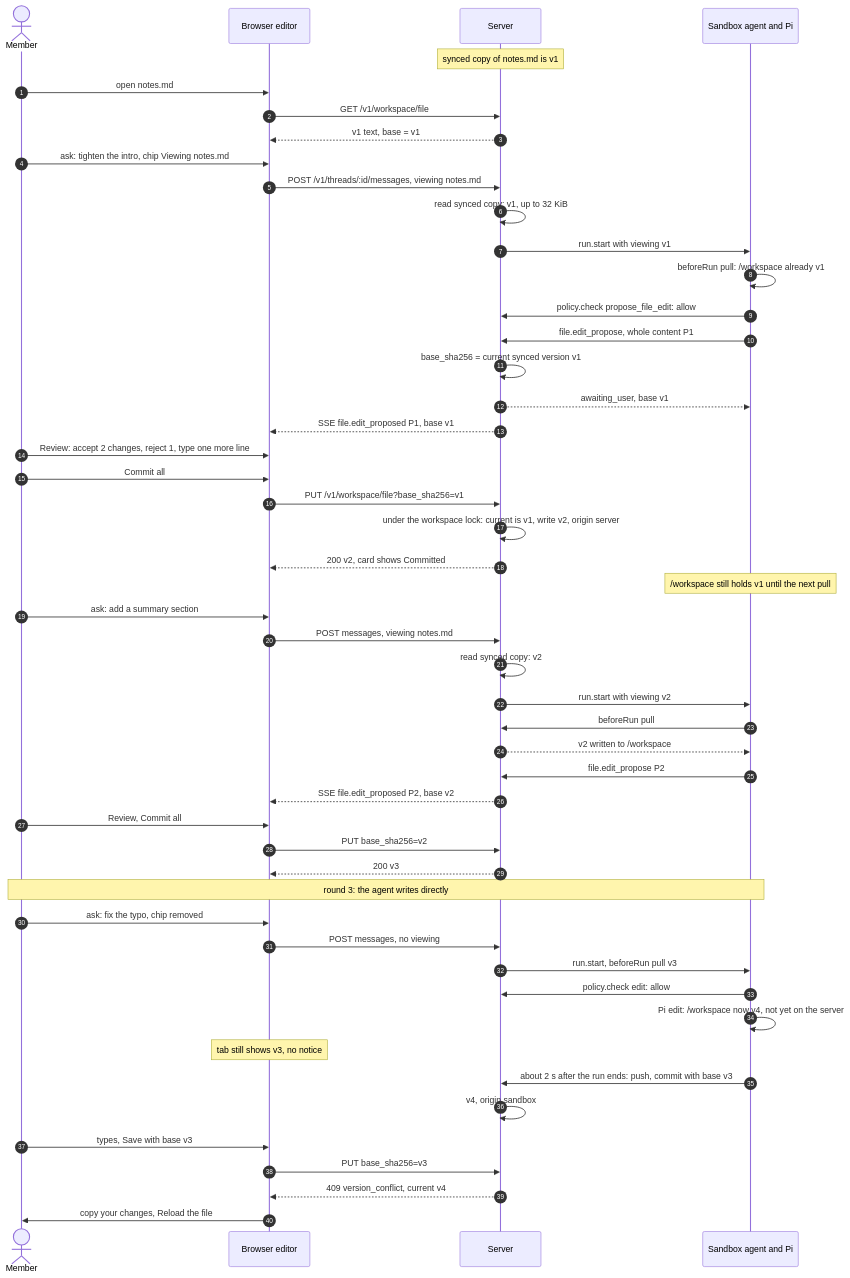
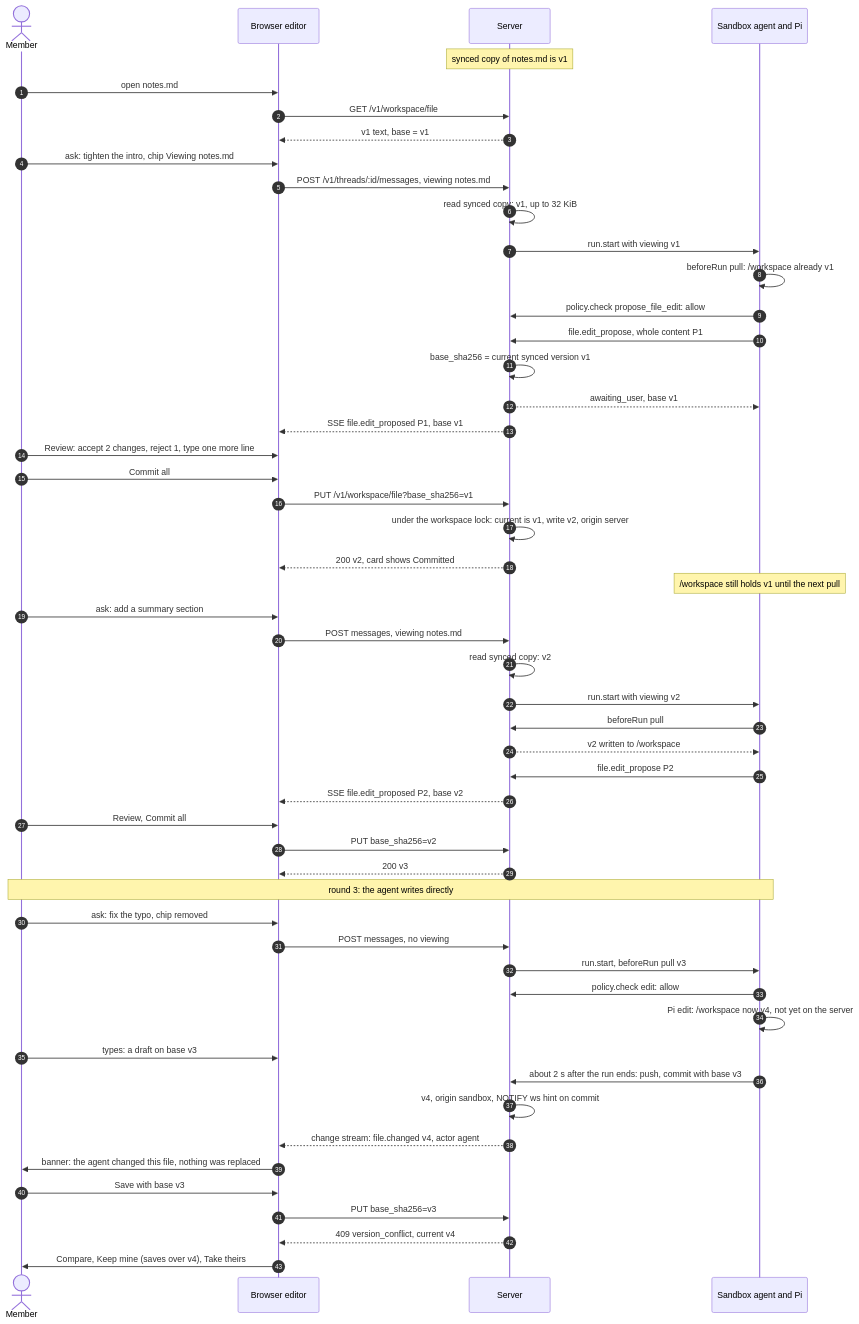
One commit to SplittingAtom/kobe changed the seventh of 8 diagrams in docs/file-editing.md. Above: the diagram before and after it, drawn with Mermaid. The commit also changed other lines of this file and 2 other files, not shown here.

````diff
--- a/docs/file-editing.md
+++ b/docs/file-editing.md
@@ -392,53 +394,55 @@
 ```mermaid
 sequenceDiagram
   autonumber
   actor M as Member
   participant E as Browser editor
   participant S as Server
   participant A as Sandbox agent and Pi
 
   Note over S: synced copy of notes.md is v1
   M->>E: open notes.md
   E->>S: GET /v1/workspace/file
   S-->>E: v1 text, base = v1
   M->>E: ask: tighten the intro, chip Viewing notes.md
   E->>S: POST /v1/threads/:id/messages, viewing notes.md
   S->>S: read synced copy: v1, up to 32 KiB
   S->>A: run.start with viewing v1
   A->>A: beforeRun pull: /workspace already v1
   A->>S: policy.check propose_file_edit: allow
   A->>S: file.edit_propose, whole content P1
   S->>S: base_sha256 = current synced version v1
   S-->>A: awaiting_user, base v1
   S-->>E: SSE file.edit_proposed P1, base v1
   M->>E: Review: accept 2 changes, reject 1, type one more line
   M->>E: Commit all
   E->>S: PUT /v1/workspace/file?base_sha256=v1
   S->>S: under the workspace lock: current is v1, write v2, origin server
   S-->>E: 200 v2, card shows Committed
   Note over A: /workspace still holds v1 until the next pull
   M->>E: ask: add a summary section
   E->>S: POST messages, viewing notes.md
   S->>S: read synced copy: v2
   S->>A: run.start with viewing v2
   A->>S: beforeRun pull
   S-->>A: v2 written to /workspace
   A->>S: file.edit_propose P2
   S-->>E: SSE file.edit_proposed P2, base v2
   M->>E: Review, Commit all
   E->>S: PUT base_sha256=v2
   S-->>E: 200 v3
   Note over M,A: round 3: the agent writes directly
   M->>E: ask: fix the typo, chip removed
   E->>S: POST messages, no viewing
   S->>A: run.start, beforeRun pull v3
   A->>S: policy.check edit: allow
   A->>A: Pi edit: /workspace now v4, not yet on the server
-  Note over E: tab still shows v3, no notice
+  M->>E: types: a draft on base v3
   A->>S: about 2 s after the run ends: push, commit with base v3
-  S->>S: v4, origin sandbox
-  M->>E: types, Save with base v3
+  S->>S: v4, origin sandbox, NOTIFY ws hint on commit
+  S-->>E: change stream: file.changed v4, actor agent
+  E->>M: banner: the agent changed this file, nothing was replaced
+  M->>E: Save with base v3
   E->>S: PUT base_sha256=v3
   S-->>E: 409 version_conflict, current v4
-  E->>M: copy your changes, Reload the file
+  E->>M: Compare, Keep mine (saves over v4), Take theirs
 ```
````
